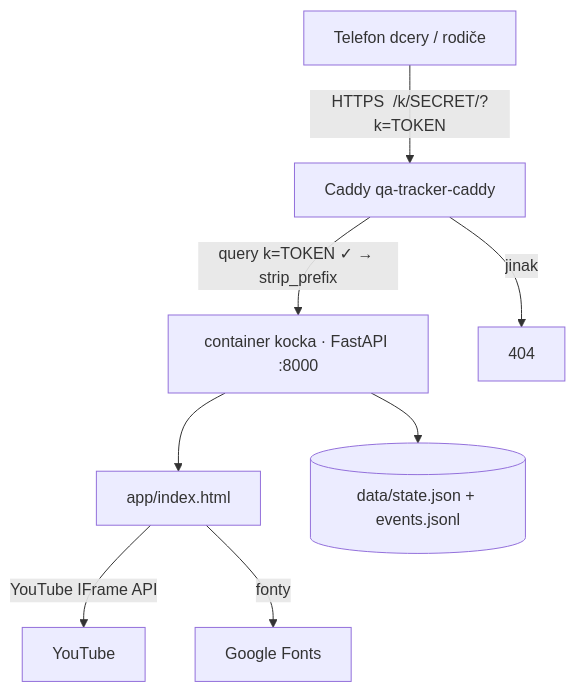
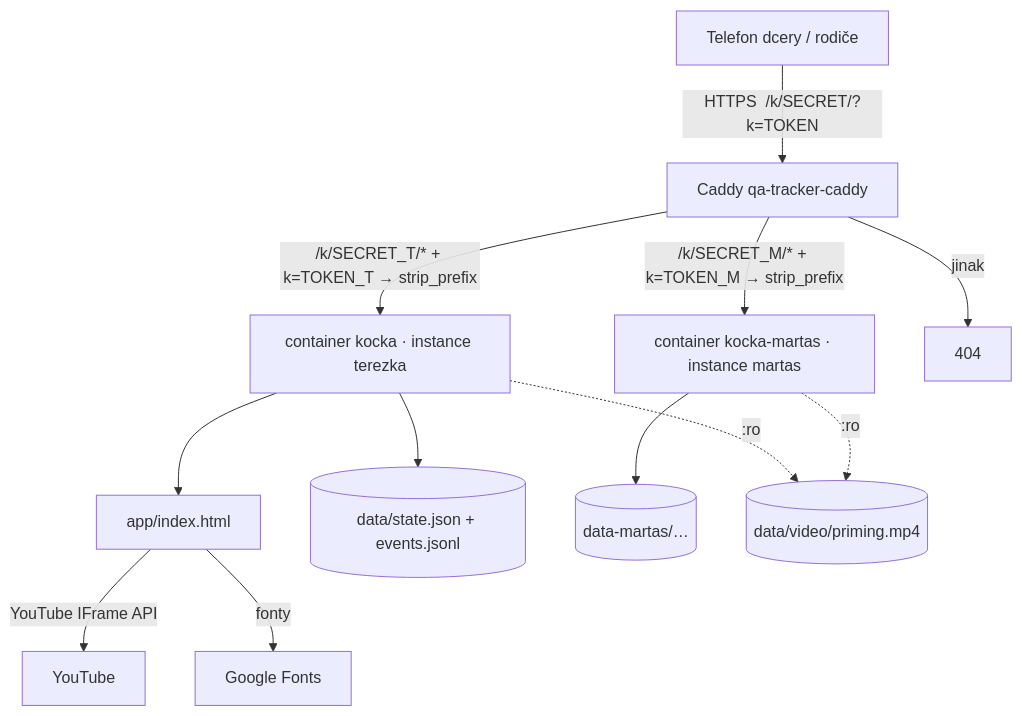
One commit to mbaros/urokova-kocka-mince changed the diagram in docs/ARCHITECTURE.md. Above: the diagram before and after it, drawn with Mermaid. The commit also changed other lines of this file and 14 other files, not shown here.

First line of the commit message:
Second instance (martas): one container per instance, shared video, worker with multiple queues, docs/instances

````diff
--- a/docs/ARCHITECTURE.md
+++ b/docs/ARCHITECTURE.md
@@ -11,10 +11,14 @@
 ```mermaid
 graph TB
     Phone[Telefon dcery / rodiče] -->|HTTPS  /k/SECRET/?k=TOKEN| Caddy[Caddy qa-tracker-caddy]
-    Caddy -->|"query k=TOKEN ✓ → strip_prefix"| Kocka[container kocka · FastAPI :8000]
+    Caddy -->|"/k/SECRET_T/* + k=TOKEN_T → strip_prefix"| Kocka[container kocka · instance terezka]
+    Caddy -->|"/k/SECRET_M/* + k=TOKEN_M → strip_prefix"| KockaM[container kocka-martas · instance martas]
     Caddy -->|"jinak"| NotFound[404]
     Kocka --> App[app/index.html]
     Kocka --> Data[(data/state.json + events.jsonl)]
+    KockaM --> DataM[(data-martas/…)]
+    Kocka -.->|":ro"| Video[(data/video/priming.mp4)]
+    KockaM -.->|":ro"| Video
     App -->|YouTube IFrame API| YT[YouTube]
     App -->|fonty| GF[Google Fonts]
 ```
````
